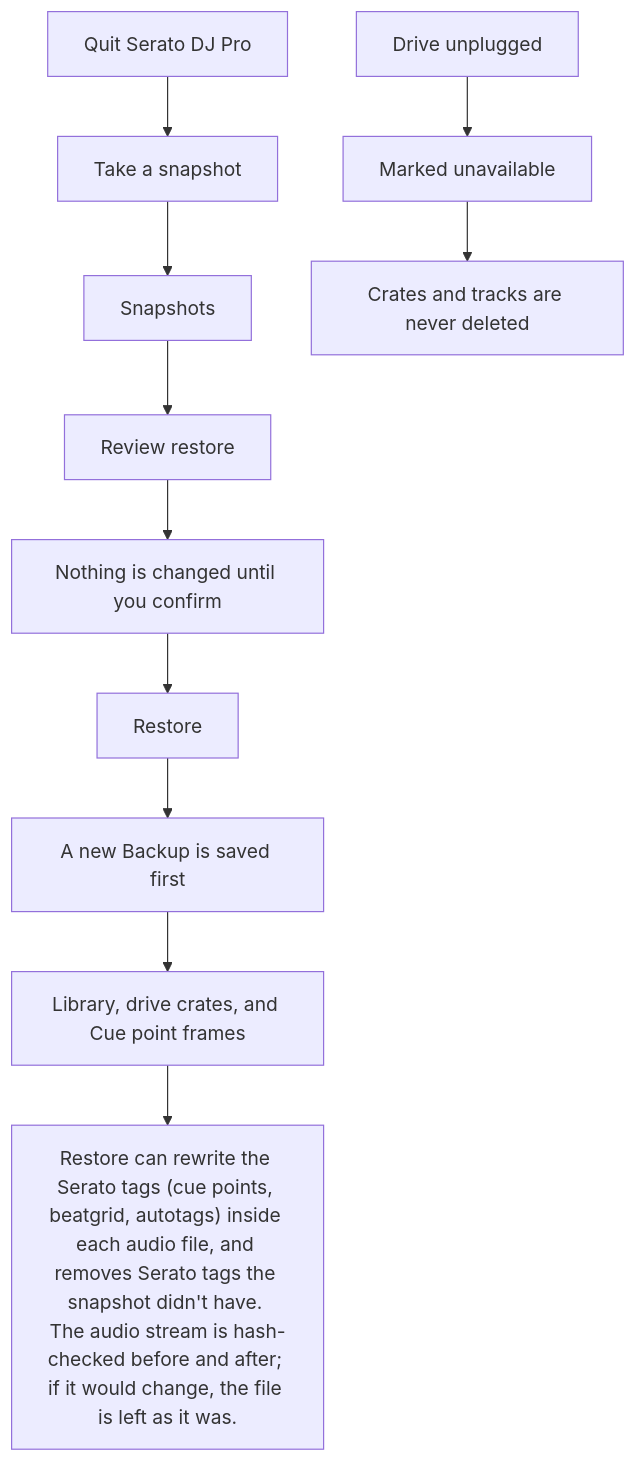
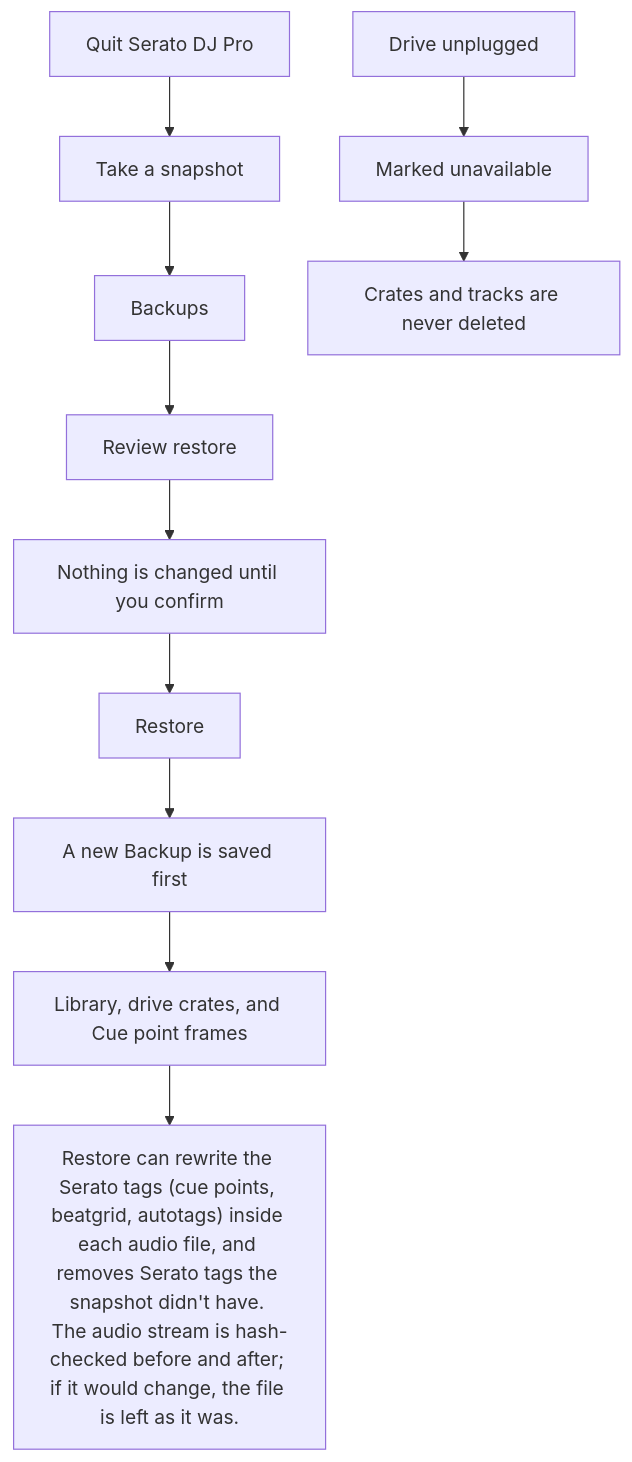
The diagram in docs/wiki/Backups-and-Restore.md (mookiejones/crateCraft), drawn with Mermaid before and after one commit. The commit also changed other lines of this file and 32 other files, not shown here.

````diff
--- a/docs/wiki/Backups-and-Restore.md
+++ b/docs/wiki/Backups-and-Restore.md
@@ -12,13 +12,13 @@
 ```mermaid
 flowchart TD
   quit["Quit Serato DJ Pro"] --> take["Take a snapshot"]
-  take --> list["Snapshots"]
+  take --> list["Backups"]
   list --> review["Review restore"]
   review --> plan["Nothing is changed until you confirm"]
   plan --> confirm["Restore"]
   confirm --> pre["A new Backup is saved first"]
   pre --> put["Library, drive crates, and Cue point frames"]
   put --> audio["Restore can rewrite the Serato tags (cue points, beatgrid, autotags) inside each audio file, and removes Serato tags the snapshot didn't have. The audio stream is hash-checked before and after; if it would change, the file is left as it was."]
   unplug["Drive unplugged"] --> mark["Marked unavailable"]
   mark --> keep["Crates and tracks are never deleted"]
 ```
````
